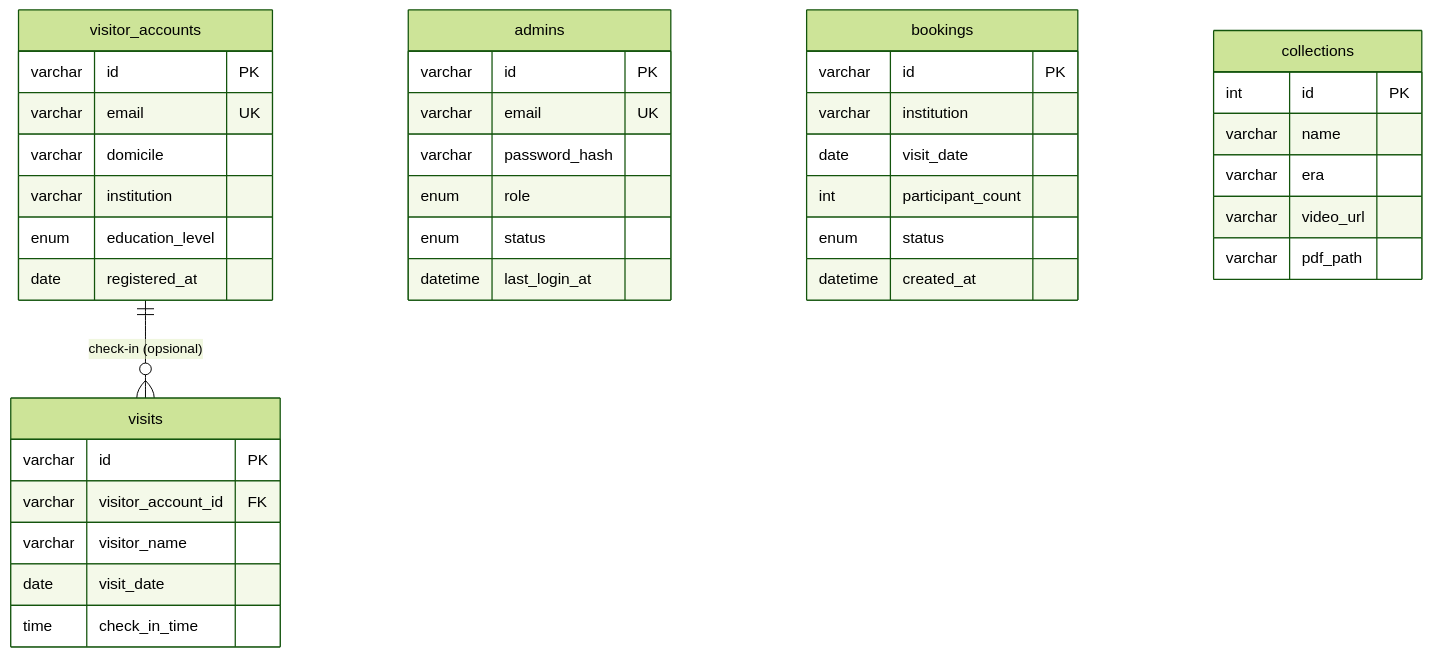
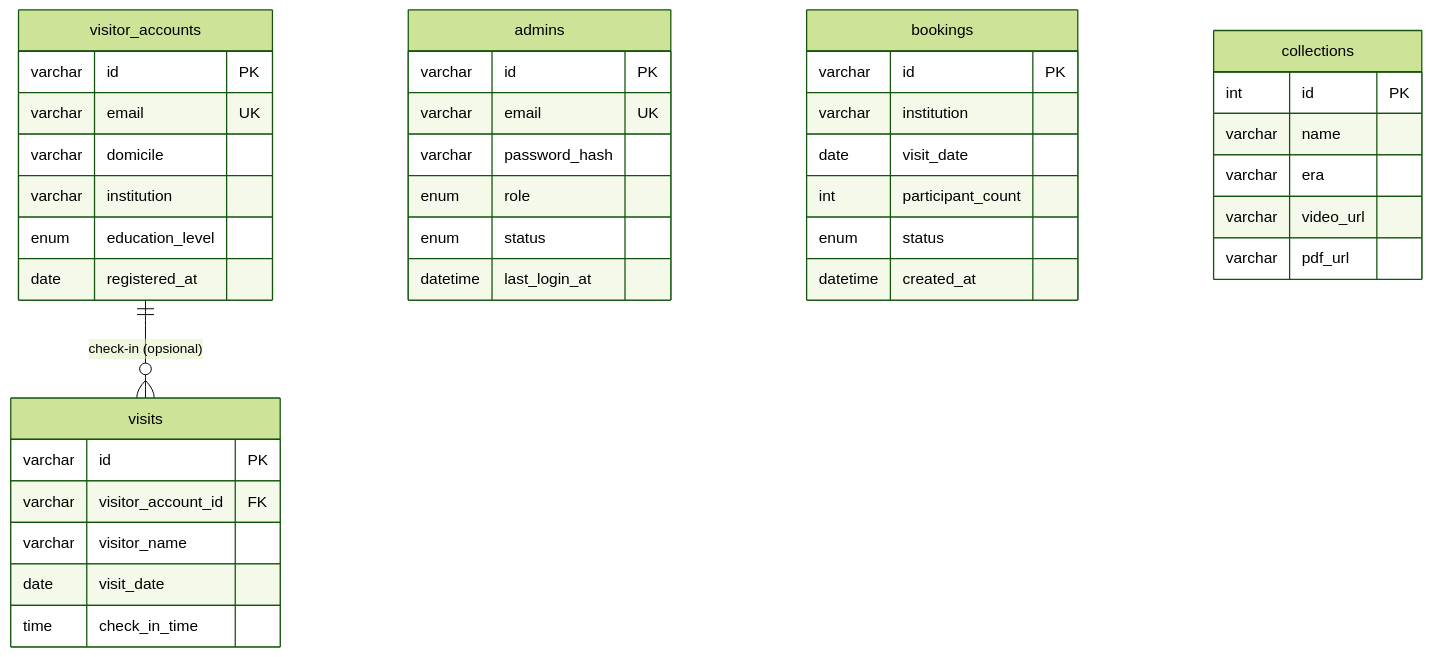
One commit to SannyDermawan/museum-mpupurwa-database changed the diagram in README.md. Above: the diagram before and after it, drawn with Mermaid (forest theme). The commit also changed other lines of this file and 3 other files, not shown here.

First line of the commit message:
feat(database): koleksi menyimpan link Vercel Blob (photo_url, pdf_url)

````diff
--- a/README.md
+++ b/README.md
@@ -51,43 +51,43 @@
 ```mermaid
 erDiagram
   visitor_accounts ||--o{ visits : "check-in (opsional)"
 
   admins {
     varchar id PK
     varchar email UK
     varchar password_hash
     enum role
     enum status
     datetime last_login_at
   }
   visitor_accounts {
     varchar id PK
     varchar email UK
     varchar domicile
     varchar institution
     enum education_level
     date registered_at
   }
   visits {
     varchar id PK
     varchar visitor_account_id FK
     varchar visitor_name
     date visit_date
     time check_in_time
   }
   bookings {
     varchar id PK
     varchar institution
     date visit_date
     int participant_count
     enum status
     datetime created_at
   }
   collections {
     int id PK
     varchar name
     varchar era
     varchar video_url
-    varchar pdf_path
+    varchar pdf_url
   }
 ```
````
